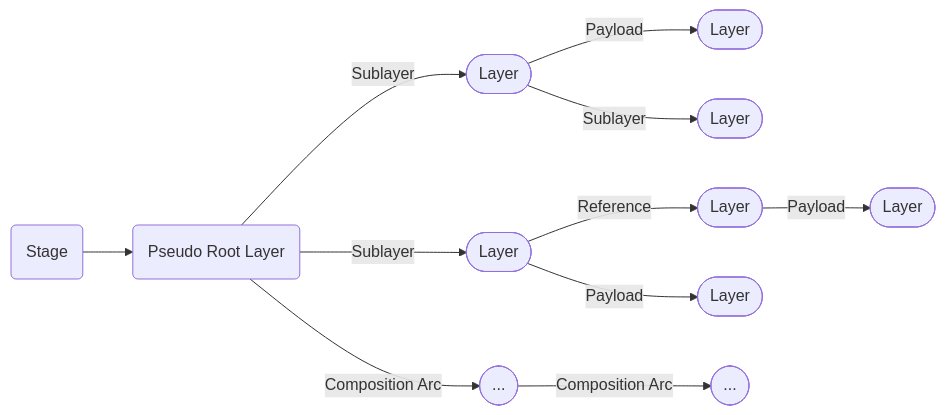
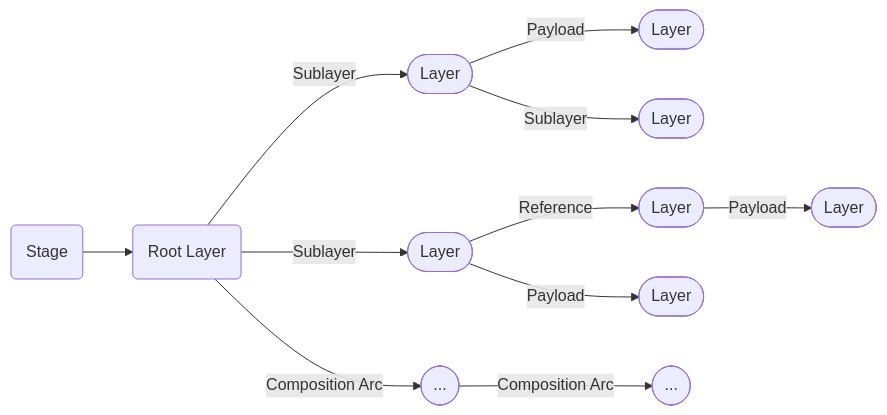
One commit to LucaScheller/VFX-UsdSurvivalGuide changed the second of 2 diagrams in docs/src/core/elements/layer.md. Above: the diagram before and after it, drawn with Mermaid. The commit also changed other lines of this file and 5 other files, not shown here.

````diff
--- a/docs/src/core/elements/layer.md
+++ b/docs/src/core/elements/layer.md
@@ -285,13 +296,13 @@
 ```mermaid
 flowchart LR
-    stage(Stage) --> layerRoot(Pseudo Root Layer)
+    stage(Stage) --> layerRoot(Root Layer)
     layerRoot -- Sublayer --> layer1([Layer])
     layer1 -- Payload --> layer1Layer1([Layer])
     layer1 -- Sublayer--> layer1Layer2([Layer])
     layerRoot -- Sublayer --> layer2([Layer])
     layer2 -- Reference --> layer2Layer1([Layer])
     layer2Layer1 -- Payload --> layer2Layer1Layer1([Layer])
     layer2 -- Payload --> layer2Layer2([Layer])
     layerRoot -- Composition Arc --> layer3([...])
     layer3 -- Composition Arc --> layer3Layer1([...])
 ```
````
